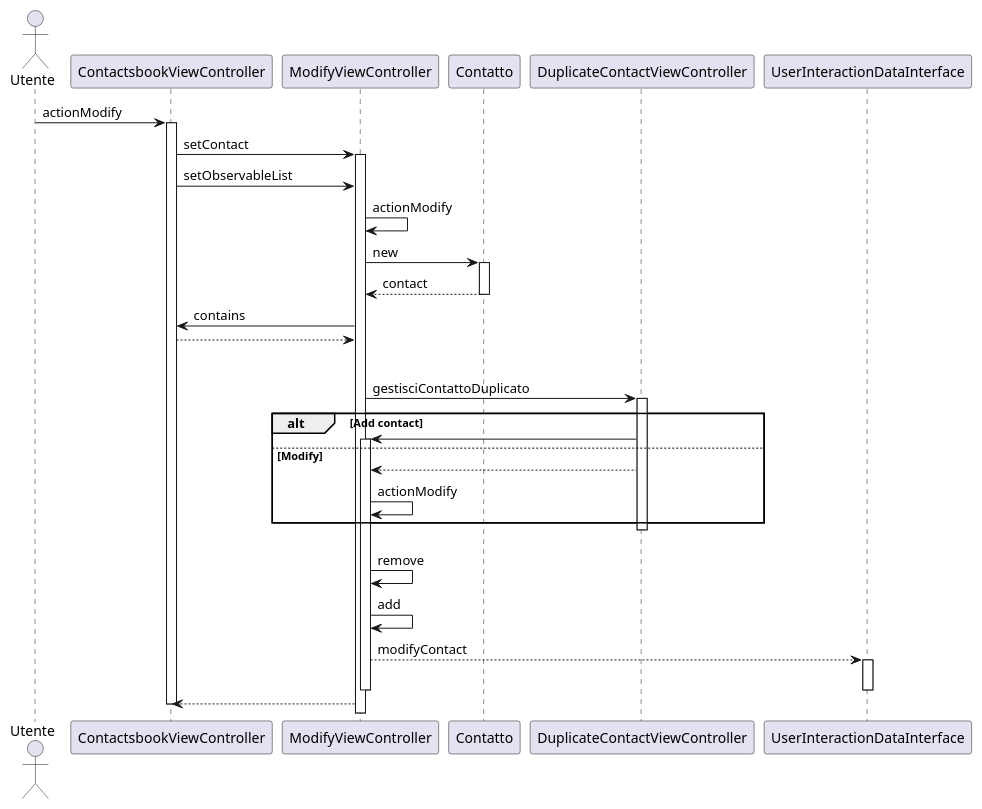
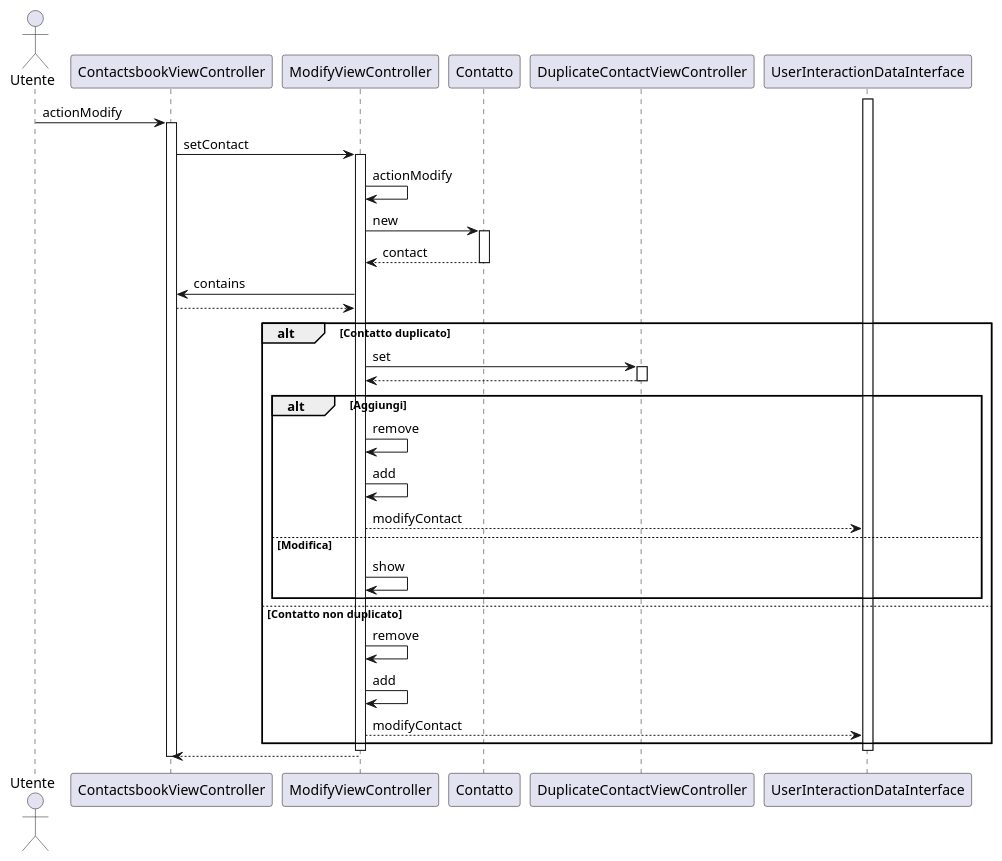
The diagram in src/main/resources/SequenceDiagrams/SequenceDiagram_actionModify.puml (CupoMeridio/Ingegneria-del-software-2024-2025), drawn with PlantUML before and after one commit. The commit also changed 5 other files, not shown here.

Commit message:
Gestione contatto duplicato e modifica diagrammi di sequenze

```diff
--- a/src/main/resources/SequenceDiagrams/SequenceDiagram_actionModify.puml
+++ b/src/main/resources/SequenceDiagrams/SequenceDiagram_actionModify.puml
@@ -1,42 +1,43 @@
 @startuml
 actor Utente
 participant ContactsbookViewController
 participant ModifyViewController
 participant "Contatto" as Contact
 participant DuplicateContactViewController
 participant UserInteractionDataInterface
 
 
 Utente -> ContactsbookViewController: actionModify
 activate ContactsbookViewController
 ContactsbookViewController->ModifyViewController: setContact
 activate ModifyViewController
-ContactsbookViewController->ModifyViewController: setObservableList
 ModifyViewController -> ModifyViewController: actionModify
 ModifyViewController->Contact: new
 activate Contact
 Contact-->ModifyViewController: contact
 deactivate Contact
 ModifyViewController->ContactsbookViewController: contains
 ContactsbookViewController-->ModifyViewController
 alt Contatto duplicato
-    ModifyViewController -> DuplicateContactViewController: gestisciContattoDuplicato
+    ModifyViewController -> DuplicateContactViewController: set
     activate DuplicateContactViewController
-    alt Add contact
-        DuplicateContactViewController->ModifyViewController
-    activate ModifyViewController
-    else Modify
-        DuplicateContactViewController-->ModifyViewController
-        ModifyViewController->ModifyViewController:actionModify
-    end
+    DuplicateContactViewController-->ModifyViewController
     deactivate DuplicateContactViewController 
+        alt Aggiungi
+            ModifyViewController->ModifyViewController:remove
+            ModifyViewController->ModifyViewController:add
+            ModifyViewController-->UserInteractionDataInterface: modifyContact
+        else Modifica
+            ModifyViewController->ModifyViewController:show
+        end
 else Contatto non duplicato
 ModifyViewController->ModifyViewController: remove
 ModifyViewController->ModifyViewController: add
 ModifyViewController-->UserInteractionDataInterface: modifyContact
+end
 activate UserInteractionDataInterface
 deactivate ModifyViewController
 deactivate UserInteractionDataInterface
 ModifyViewController-->ContactsbookViewController
 deactivate ContactsbookViewController
 @enduml 
```
